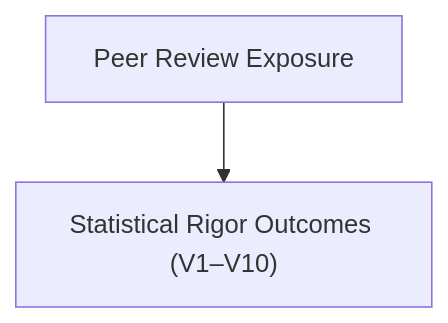
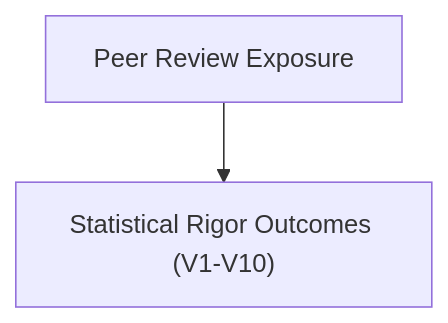
Before and after one commit to UofC-Research/peer-review: the third of 4 diagrams in docs/peer_review_planning_document.md, drawn with Mermaid. The commit also changed other lines of this file and 4 other files, not shown here.

First line of the commit message:
doc: Remove preregistration change log and clean up peer review planning document

````diff
--- a/docs/peer_review_planning_document.md
+++ b/docs/peer_review_planning_document.md
@@ -163,4 +172,4 @@
 ```mermaid
 flowchart TD
-PR["Peer Review Exposure"] --> Y["Statistical Rigor Outcomes (V1–V10)"]
+    PR["Peer Review Exposure"] --> Y["Statistical Rigor Outcomes (V1-V10)"]
 ```
````
